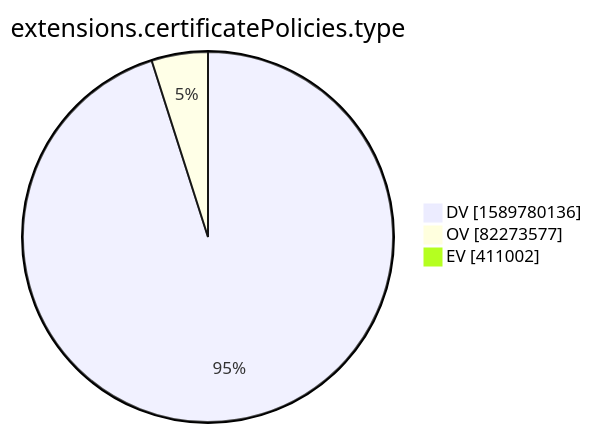
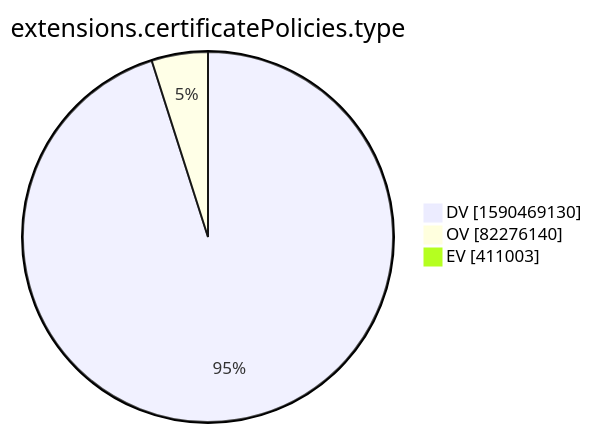
The tenth of 15 diagrams in xenon2022/README.md (christiankrug/ctmonitor_visualization), drawn with Mermaid before and after one commit. The commit also changed other lines of this file, not shown here.

````diff
--- a/xenon2022/README.md
+++ b/xenon2022/README.md
@@ -2878,7 +2878,7 @@
 ```mermaid
 pie showData
 title extensions.certificatePolicies.type
-"DV" :1589780136
-"OV" :82273577
-"EV" :411002
+"DV" :1590469130
+"OV" :82276140
+"EV" :411003
 ```
````
